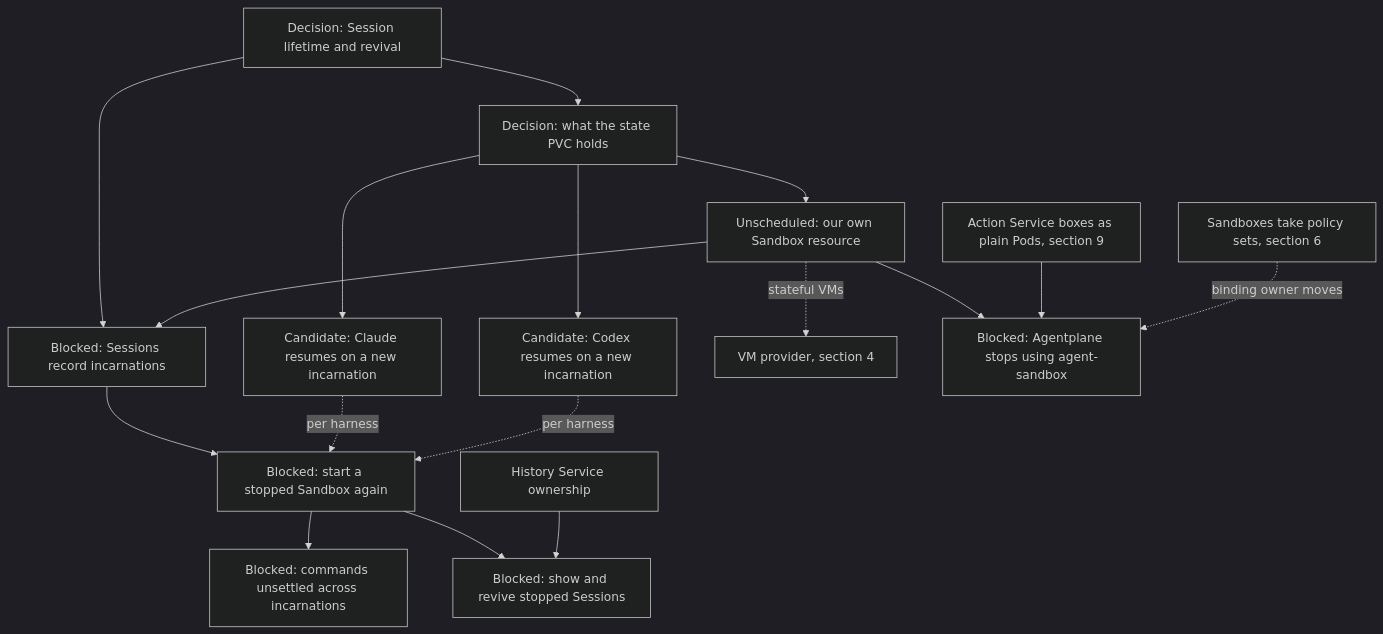
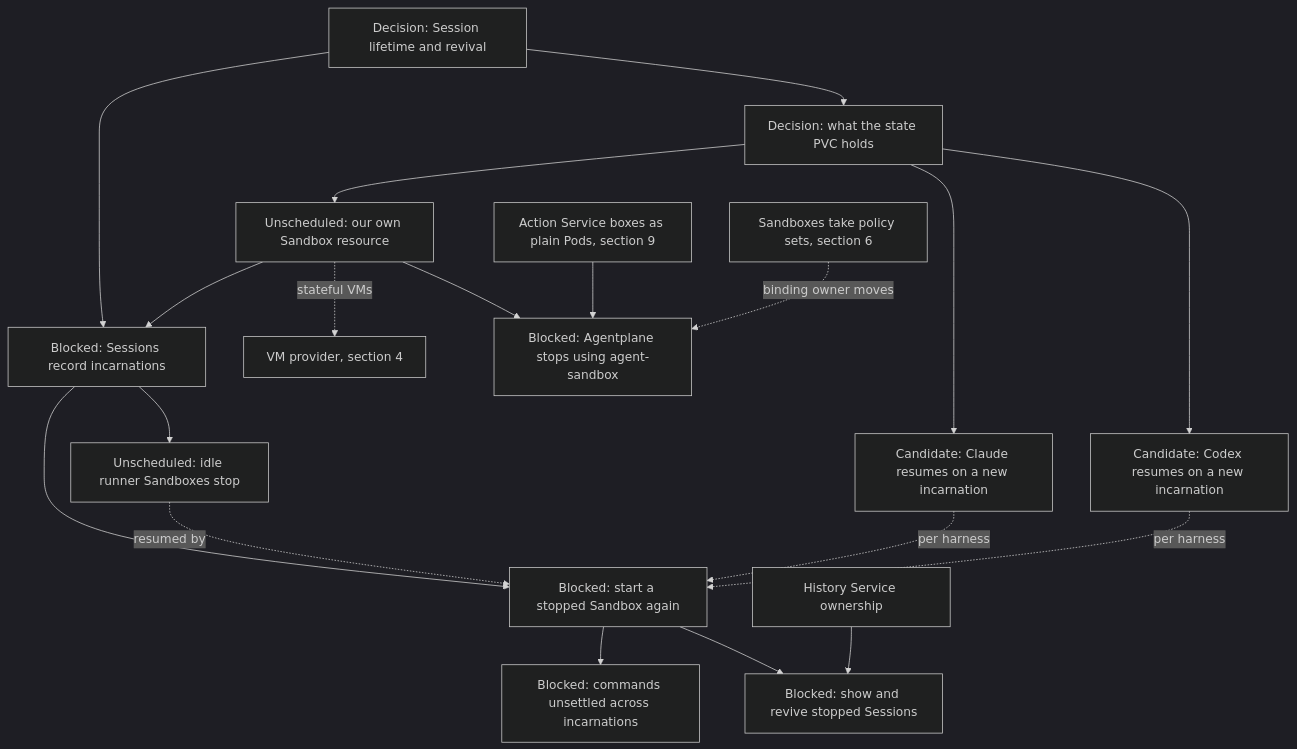
One commit to agentydragon-agent/ducktape changed the tenth of 14 diagrams in agentplane/plans/task_dag.md. Above: the diagram before and after it, drawn with Mermaid (dark theme). The commit also changed other lines of this file, not shown here.

````diff
--- a/agentplane/plans/task_dag.md
+++ b/agentplane/plans/task_dag.md
@@ -630,30 +627,32 @@
 ```mermaid
 flowchart TD
     DURABLE_SESSION_LIFECYCLE[Decision: Session lifetime and revival]
     SESSION_STATE_VOLUME_DESIGN[Decision: what the state PVC holds]
     AGENTPLANE_SANDBOX_RESOURCE[Unscheduled: our own Sandbox resource]
     CLAUDE_PORTABLE_STATE[Candidate: Claude resumes on a new incarnation]
     CODEX_PORTABLE_STATE[Candidate: Codex resumes on a new incarnation]
     SESSION_INCARNATIONS[Blocked: Sessions record incarnations]
     SESSION_REVIVE[Blocked: start a stopped Sandbox again]
     THREAD_SUCCESSOR_DELIVERY[Blocked: commands unsettled across incarnations]
     HOSTED_THREAD_SURFACES[Blocked: show and revive stopped Sessions]
     HISTORY_SERVICE_OWNERSHIP[History Service ownership]
     VM_PROVIDER[VM provider, section 4]
     DURABLE_SESSION_LIFECYCLE --> SESSION_STATE_VOLUME_DESIGN
     DURABLE_SESSION_LIFECYCLE --> SESSION_INCARNATIONS
     SESSION_STATE_VOLUME_DESIGN --> AGENTPLANE_SANDBOX_RESOURCE
     SESSION_STATE_VOLUME_DESIGN --> CLAUDE_PORTABLE_STATE
     SESSION_STATE_VOLUME_DESIGN --> CODEX_PORTABLE_STATE
     AGENTPLANE_SANDBOX_RESOURCE --> SESSION_INCARNATIONS
     AGENTPLANE_SANDBOX_RESOURCE --> AGENT_SANDBOX_RETIRE[Blocked: Agentplane stops using agent-sandbox]
     ACTION_SANDBOX_PODS[Action Service boxes as plain Pods, section 9] --> AGENT_SANDBOX_RETIRE
     POLICY_SANDBOX_CUTOVER[Sandboxes take policy sets, section 6] -. binding owner moves .-> AGENT_SANDBOX_RETIRE
     AGENTPLANE_SANDBOX_RESOURCE -. stateful VMs .-> VM_PROVIDER
     SESSION_INCARNATIONS --> SESSION_REVIVE
+    SESSION_INCARNATIONS --> SANDBOX_IDLE_EXPIRY[Unscheduled: idle runner Sandboxes stop]
+    SANDBOX_IDLE_EXPIRY -. resumed by .-> SESSION_REVIVE
     CLAUDE_PORTABLE_STATE -. per harness .-> SESSION_REVIVE
     CODEX_PORTABLE_STATE -. per harness .-> SESSION_REVIVE
     SESSION_REVIVE --> THREAD_SUCCESSOR_DELIVERY
     SESSION_REVIVE --> HOSTED_THREAD_SURFACES
     HISTORY_SERVICE_OWNERSHIP --> HOSTED_THREAD_SURFACES
 ```
````
